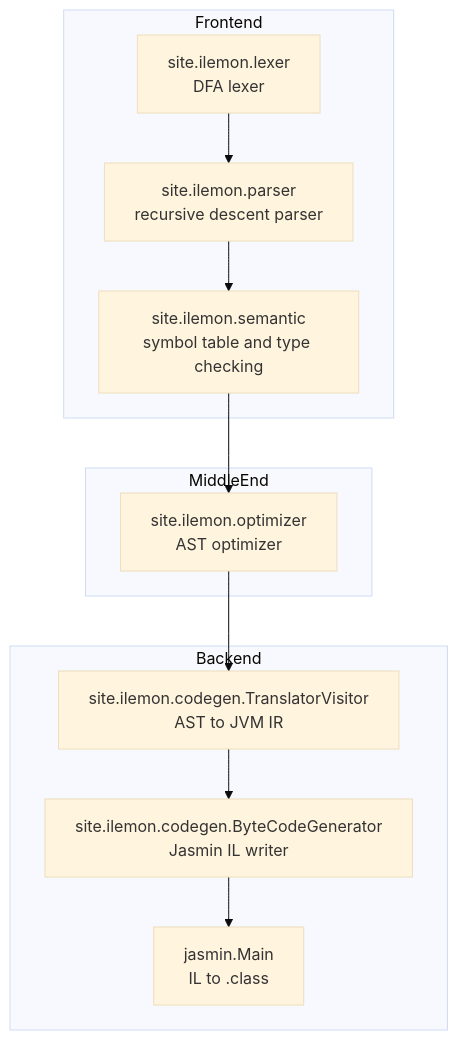
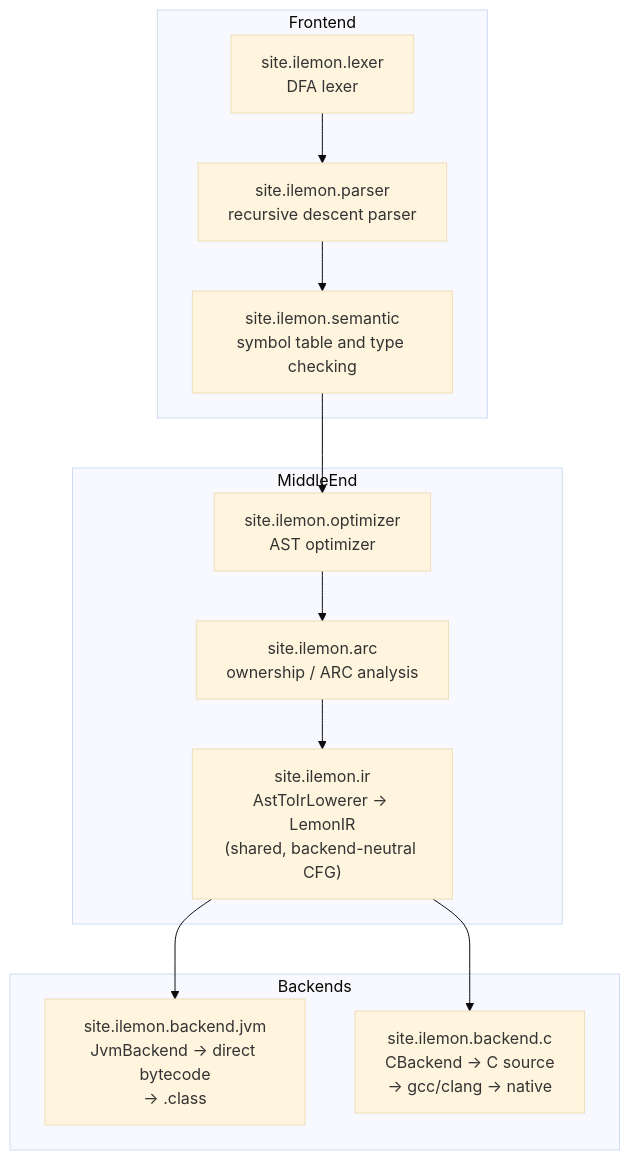
The first of 2 diagrams in README.md (luongankhang/lemonc-dev), drawn with Mermaid (base theme) before and after one commit. The commit also changed other lines of this file and 61 other files, not shown here.

Commit message:
feat: replace Jasmin with direct JVM bytecode backend

````diff
--- a/README.md
+++ b/README.md
@@ -131,20 +133,23 @@
 ```mermaid
 flowchart TB
     subgraph Frontend
         L["site.ilemon.lexer<br/>DFA lexer"]
         P["site.ilemon.parser<br/>recursive descent parser"]
         S["site.ilemon.semantic<br/>symbol table and type checking"]
     end
 
     subgraph MiddleEnd
         O["site.ilemon.optimizer<br/>AST optimizer"]
+        A["site.ilemon.arc<br/>ownership / ARC analysis"]
+        IR["site.ilemon.ir<br/>AstToIrLowerer → LemonIR<br/>(shared, backend-neutral CFG)"]
     end
 
-    subgraph Backend
-        T["site.ilemon.codegen.TranslatorVisitor<br/>AST to JVM IR"]
-        B["site.ilemon.codegen.ByteCodeGenerator<br/>Jasmin IL writer"]
-        J["jasmin.Main<br/>IL to .class"]
+    subgraph Backends
+        J["site.ilemon.backend.jvm<br/>JvmBackend → direct bytecode<br/>→ .class"]
+        C["site.ilemon.backend.c<br/>CBackend → C source<br/>→ gcc/clang → native"]
     end
 
-    L --> P --> S --> O --> T --> B --> J
+    L --> P --> S --> O --> A --> IR
+    IR --> J
+    IR --> C
 ```
````
